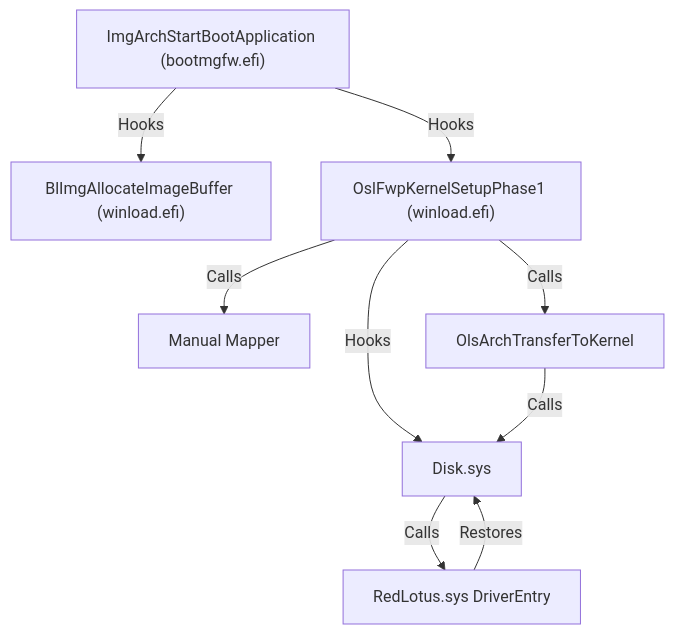
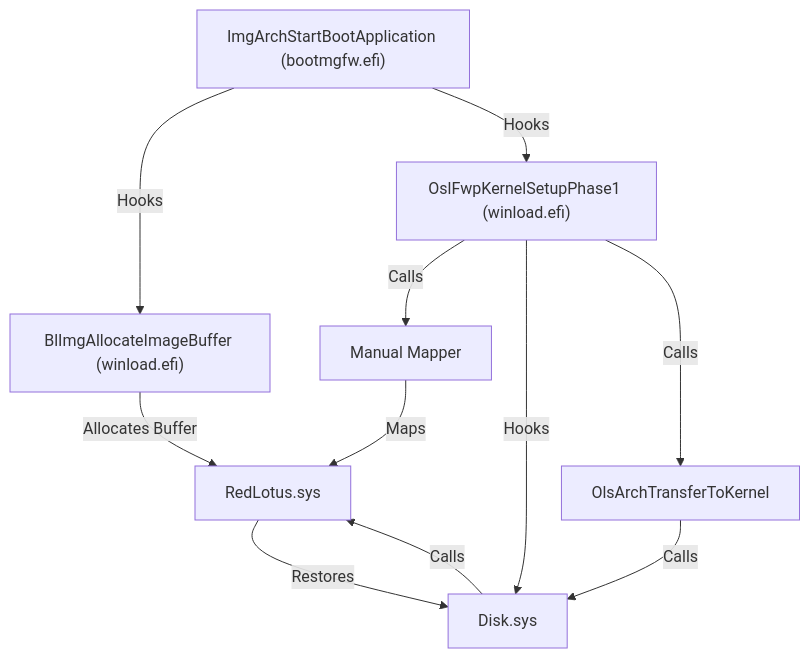
The diagram in README.md (memN0ps/redlotus-rs), drawn with Mermaid before and after one commit.

````diff
--- a/README.md
+++ b/README.md
@@ -31,11 +31,13 @@
 ```mermaid
 graph TD;
     A["ImgArchStartBootApplication (bootmgfw.efi)"] -->|Hooks| B["BlImgAllocateImageBuffer (winload.efi)"];
+    B -->|Allocates Buffer| G[RedLotus.sys]
     A -->|Hooks| C["OslFwpKernelSetupPhase1 (winload.efi)"];
     C -->|Calls| D[Manual Mapper];
+    D -->|Maps | G[RedLotus.sys]
     C -->|Hooks| E[Disk.sys];
     C -->|Calls| F[OlsArchTransferToKernel];
     F -->|Calls| E[Disk.sys];
-    E -->|Calls| G[RedLotus.sys DriverEntry];
+    E -->|Calls| G[RedLotus.sys];
     G -->|Restores| E;
 ```
````
